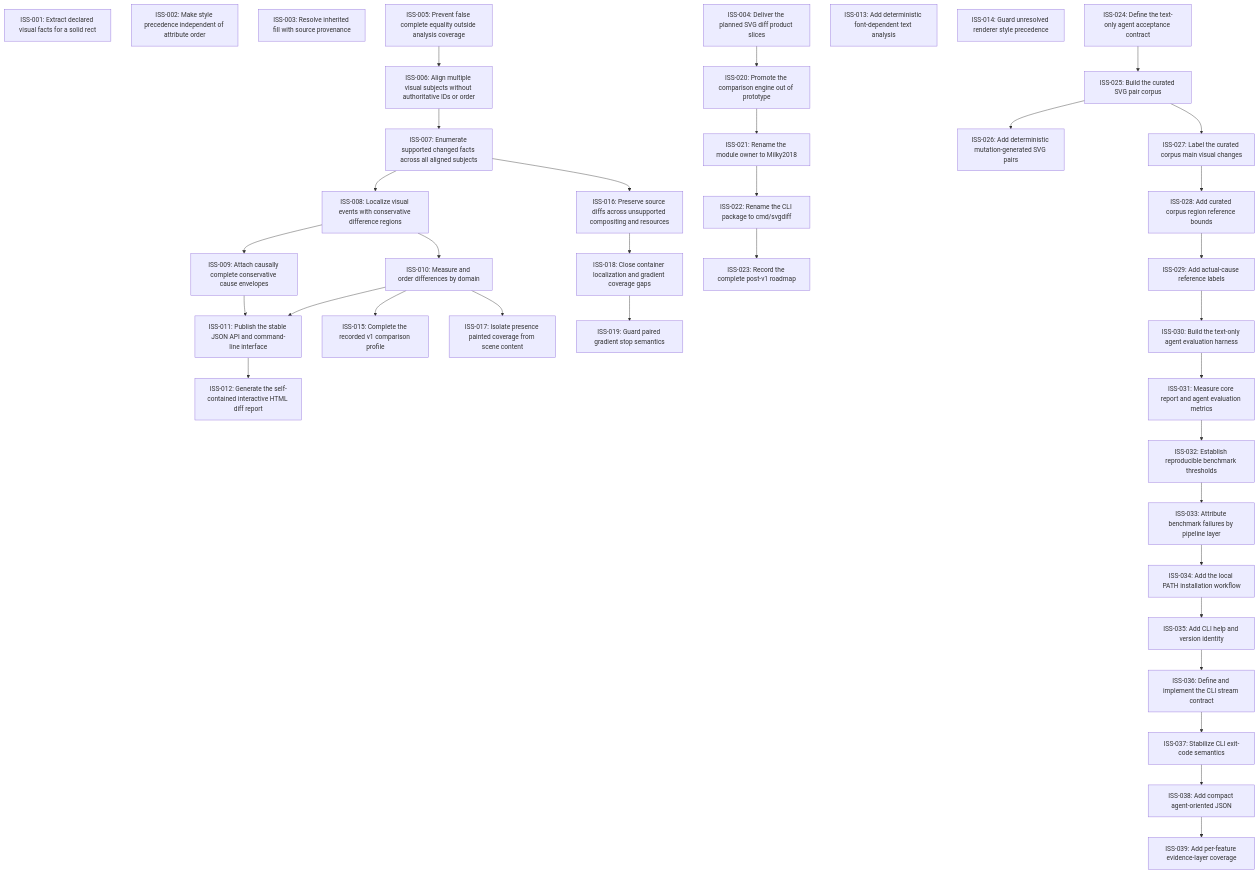
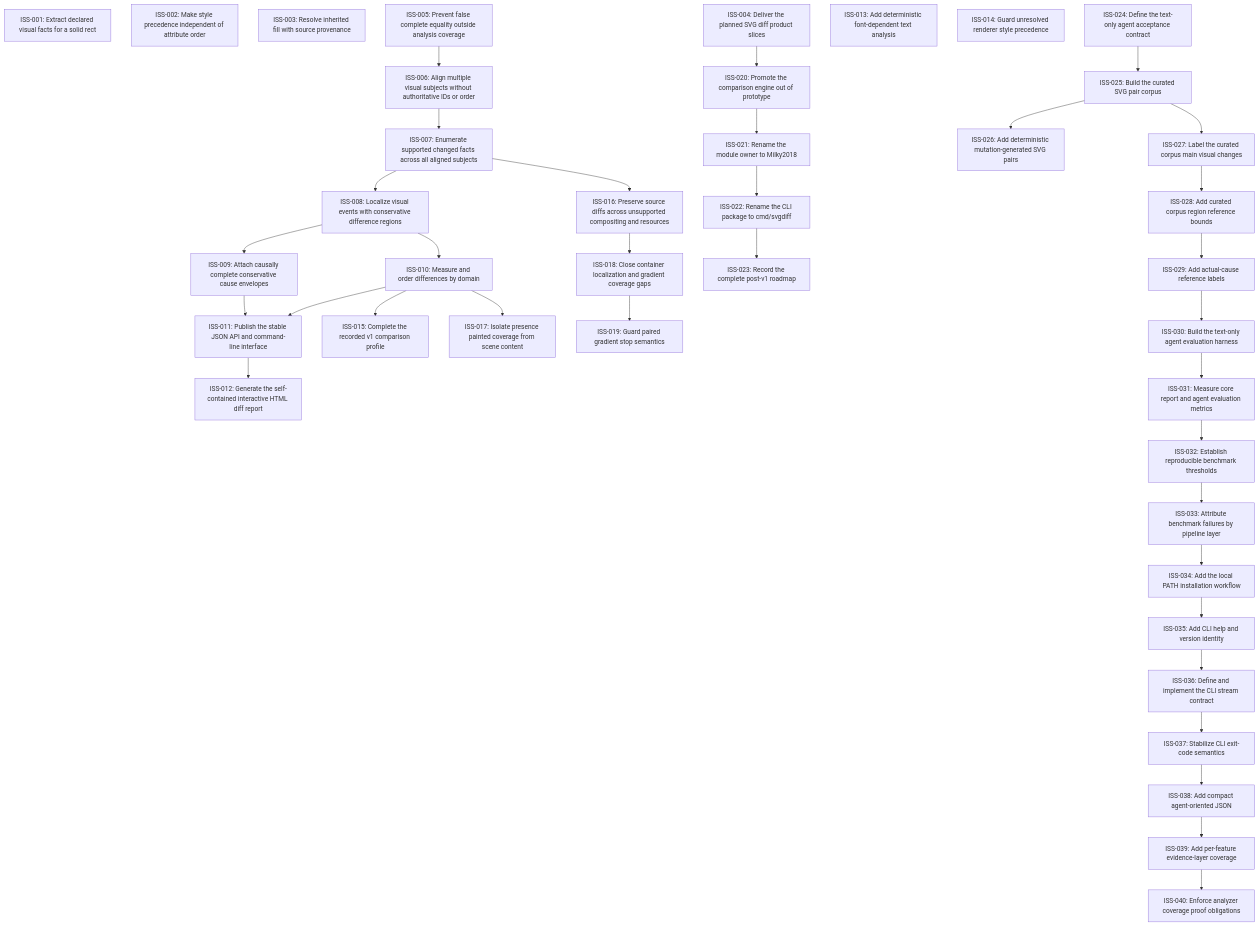
One commit to moonbit-community/svgdiff changed the diagram in issues/README.md. Above: the diagram before and after it, drawn with Mermaid. The commit also changed 12 other files, not shown here.

Commit message:
Enforce coverage proof obligations

````diff
--- a/issues/README.md
+++ b/issues/README.md
@@ -18,74 +18,76 @@
 ```mermaid
 graph TD
   ISS_001["ISS-001: Extract declared visual facts for a solid rect"]
   ISS_002["ISS-002: Make style precedence independent of attribute order"]
   ISS_003["ISS-003: Resolve inherited fill with source provenance"]
   ISS_004["ISS-004: Deliver the planned SVG diff product slices"]
   ISS_005["ISS-005: Prevent false complete equality outside analysis coverage"]
   ISS_006["ISS-006: Align multiple visual subjects without authoritative IDs or order"]
   ISS_007["ISS-007: Enumerate supported changed facts across all aligned subjects"]
   ISS_008["ISS-008: Localize visual events with conservative difference regions"]
   ISS_009["ISS-009: Attach causally complete conservative cause envelopes"]
   ISS_010["ISS-010: Measure and order differences by domain"]
   ISS_011["ISS-011: Publish the stable JSON API and command-line interface"]
   ISS_012["ISS-012: Generate the self-contained interactive HTML diff report"]
   ISS_013["ISS-013: Add deterministic font-dependent text analysis"]
   ISS_014["ISS-014: Guard unresolved renderer style precedence"]
   ISS_015["ISS-015: Complete the recorded v1 comparison profile"]
   ISS_016["ISS-016: Preserve source diffs across unsupported compositing and resources"]
   ISS_017["ISS-017: Isolate presence painted coverage from scene content"]
   ISS_018["ISS-018: Close container localization and gradient coverage gaps"]
   ISS_019["ISS-019: Guard paired gradient stop semantics"]
   ISS_020["ISS-020: Promote the comparison engine out of prototype"]
   ISS_021["ISS-021: Rename the module owner to Milky2018"]
   ISS_022["ISS-022: Rename the CLI package to cmd/svgdiff"]
   ISS_023["ISS-023: Record the complete post-v1 roadmap"]
   ISS_024["ISS-024: Define the text-only agent acceptance contract"]
   ISS_025["ISS-025: Build the curated SVG pair corpus"]
   ISS_026["ISS-026: Add deterministic mutation-generated SVG pairs"]
   ISS_027["ISS-027: Label the curated corpus main visual changes"]
   ISS_028["ISS-028: Add curated corpus region reference bounds"]
   ISS_029["ISS-029: Add actual-cause reference labels"]
   ISS_030["ISS-030: Build the text-only agent evaluation harness"]
   ISS_031["ISS-031: Measure core report and agent evaluation metrics"]
   ISS_032["ISS-032: Establish reproducible benchmark thresholds"]
   ISS_033["ISS-033: Attribute benchmark failures by pipeline layer"]
   ISS_034["ISS-034: Add the local PATH installation workflow"]
   ISS_035["ISS-035: Add CLI help and version identity"]
   ISS_036["ISS-036: Define and implement the CLI stream contract"]
   ISS_037["ISS-037: Stabilize CLI exit-code semantics"]
   ISS_038["ISS-038: Add compact agent-oriented JSON"]
   ISS_039["ISS-039: Add per-feature evidence-layer coverage"]
+  ISS_040["ISS-040: Enforce analyzer coverage proof obligations"]
   ISS_005 --> ISS_006
   ISS_006 --> ISS_007
   ISS_007 --> ISS_008
   ISS_008 --> ISS_009
   ISS_008 --> ISS_010
   ISS_009 --> ISS_011
   ISS_010 --> ISS_011
   ISS_011 --> ISS_012
   ISS_010 --> ISS_015
   ISS_007 --> ISS_016
   ISS_010 --> ISS_017
   ISS_016 --> ISS_018
   ISS_018 --> ISS_019
   ISS_004 --> ISS_020
   ISS_020 --> ISS_021
   ISS_021 --> ISS_022
   ISS_022 --> ISS_023
   ISS_024 --> ISS_025
   ISS_025 --> ISS_026
   ISS_025 --> ISS_027
   ISS_027 --> ISS_028
   ISS_028 --> ISS_029
   ISS_029 --> ISS_030
   ISS_030 --> ISS_031
   ISS_031 --> ISS_032
   ISS_032 --> ISS_033
   ISS_033 --> ISS_034
   ISS_034 --> ISS_035
   ISS_035 --> ISS_036
   ISS_036 --> ISS_037
   ISS_037 --> ISS_038
   ISS_038 --> ISS_039
+  ISS_039 --> ISS_040
 ```
````
